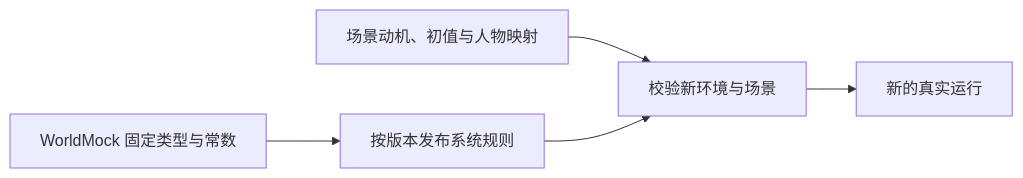
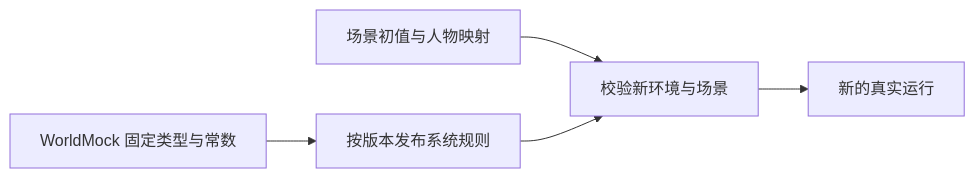
One commit to HoldThatThgt/WorldMock changed the diagram in docs/manual/rules.md. Above: the diagram before and after it, drawn with Mermaid. The commit also changed other lines of this file and 164 other files, not shown here.

````diff
--- a/docs/manual/rules.md
+++ b/docs/manual/rules.md
@@ -16,7 +18,7 @@
 ```mermaid
 flowchart LR
     W[WorldMock 固定类型与常数] --> R[按版本发布系统规则]
-    S[场景动机、初值与人物映射] --> V[校验新环境与场景]
+    S[场景初值与人物映射] --> V[校验新环境与场景]
     R --> V
     V --> E[新的真实运行]
 ```
````
